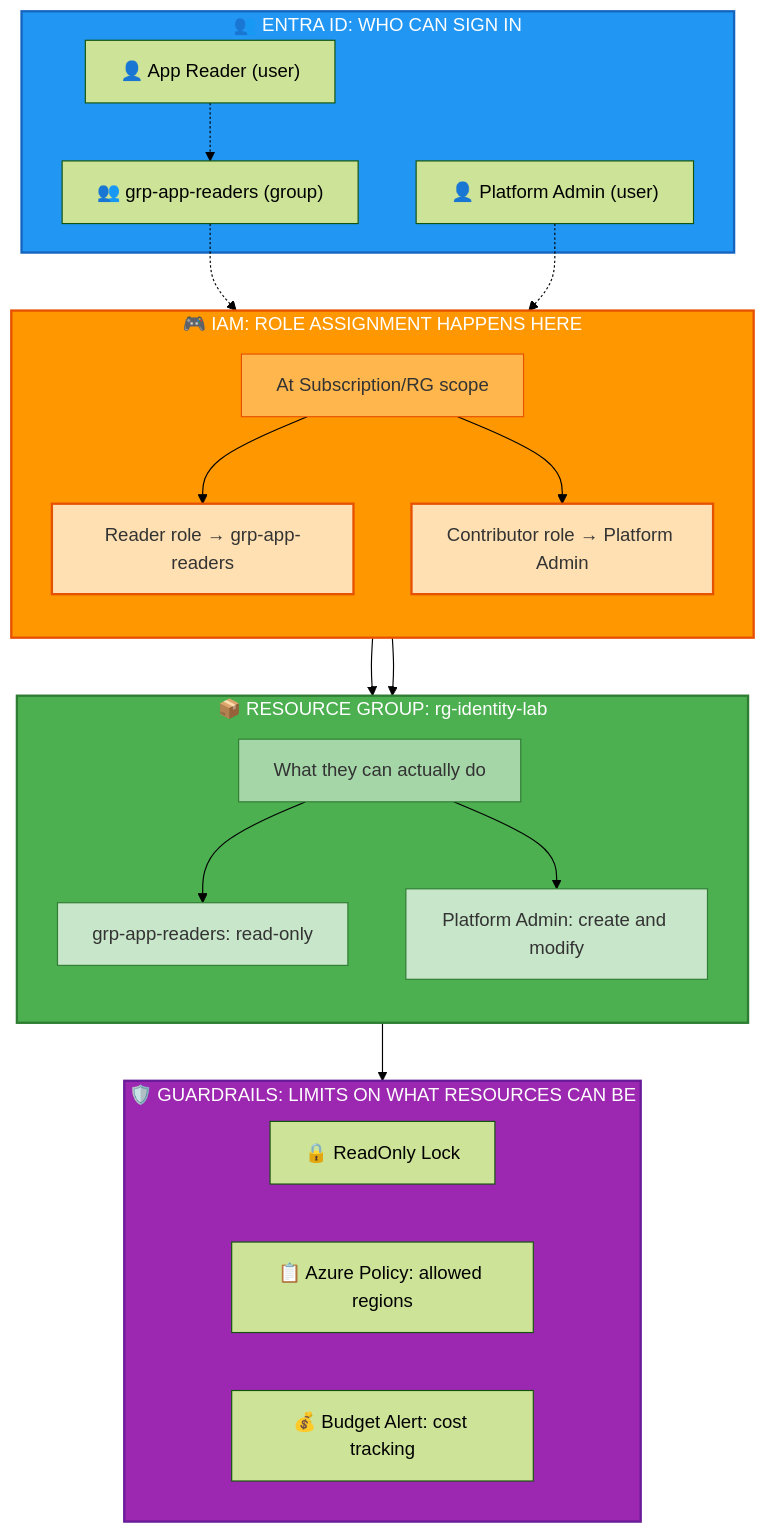
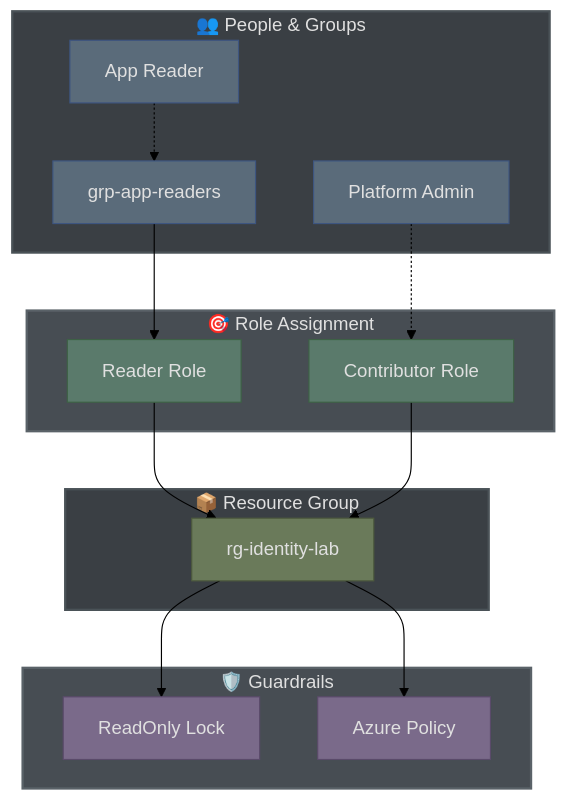
One commit to rubak714/azure-system-administration changed the first of 2 diagrams in 01-identity-governance/README.md. Above: the diagram before and after it, drawn with Mermaid (forest theme). The commit also changed other lines of this file, not shown here.

First line of the commit message:
docs: simplify diagrams with calm ash color scheme

````diff
--- a/01-identity-governance/README.md
+++ b/01-identity-governance/README.md
@@ -44,52 +44,43 @@
 ```mermaid
 graph TB
-    subgraph People["👥 ENTRA ID: WHO CAN SIGN IN"]
-        U1["👤 App Reader (user)"]
-        U2["👤 Platform Admin (user)"]
-        GRP["👥 grp-app-readers (group)"]
+    subgraph People["👥 People & Groups"]
+        U1["App Reader"]
+        U2["Platform Admin"]
+        GRP["grp-app-readers"]
     end
     
-    subgraph Assignment["🎮 IAM: ROLE ASSIGNMENT HAPPENS HERE"]
-        direction TB
-        SCOPE["At Subscription/RG scope"]
-        R1["Reader role → grp-app-readers"]
-        R2["Contributor role → Platform Admin"]
-        SCOPE --> R1
-        SCOPE --> R2
+    subgraph Roles["🎯 Role Assignment"]
+        R1["Reader Role"]
+        R2["Contributor Role"]
     end
     
-    subgraph Scope["📦 RESOURCE GROUP: rg-identity-lab"]
-        direction TB
-        EFFECT["What they can actually do"]
-        READER_EFFECT["grp-app-readers: read-only"]
-        CONTRIB_EFFECT["Platform Admin: create and modify"]
-        EFFECT --> READER_EFFECT
-        EFFECT --> CONTRIB_EFFECT
+    subgraph Target["📦 Resource Group"]
+        RG["rg-identity-lab"]
     end
     
-    subgraph Controls["🛡️ GUARDRAILS: LIMITS ON WHAT RESOURCES CAN BE"]
-        LOCK["🔒 ReadOnly Lock"]
-        POL["📋 Azure Policy: allowed regions"]
-        BUD["💰 Budget Alert: cost tracking"]
+    subgraph Guards["🛡️ Guardrails"]
+        LOCK["ReadOnly Lock"]
+        POL["Azure Policy"]
     end
     
     U1 -.-> GRP
-    U2 -.-> Assignment
-    GRP -.-> R1
+    U2 -.-> R2
+    GRP --> R1
+    R1 --> RG
+    R2 --> RG
+    RG --> LOCK
+    RG --> POL
     
-    R1 --> READER_EFFECT
-    R2 --> CONTRIB_EFFECT
-    
-    Scope --> Controls
-    
-    style People fill:#2196F3,stroke:#1565C0,stroke-width:2px,color:#fff
-    style Assignment fill:#FF9800,stroke:#E65100,stroke-width:2px,color:#fff
-    style Scope fill:#4CAF50,stroke:#2E7D32,stroke-width:2px,color:#fff
-    style Controls fill:#9C27B0,stroke:#6A1B9A,stroke-width:2px,color:#fff
-    style SCOPE fill:#FFB74D,stroke:#E65100,stroke-width:1px,color:#333
-    style R1 fill:#FFE0B2,stroke:#E65100,stroke-width:2px,color:#333
-    style R2 fill:#FFE0B2,stroke:#E65100,stroke-width:2px,color:#333
-    style EFFECT fill:#A5D6A7,stroke:#2E7D32,stroke-width:1px,color:#333
-    style READER_EFFECT fill:#C8E6C9,stroke:#2E7D32,stroke-width:1px,color:#333
-    style CONTRIB_EFFECT fill:#C8E6C9,stroke:#2E7D32,stroke-width:1px,color:#333
+    style People fill:#3a3f44,stroke:#4a5257,stroke-width:2px,color:#e0e0e0
+    style Roles fill:#474d53,stroke:#5a6268,stroke-width:2px,color:#e0e0e0
+    style Target fill:#3a3f44,stroke:#4a5257,stroke-width:2px,color:#e0e0e0
+    style Guards fill:#474d53,stroke:#5a6268,stroke-width:2px,color:#e0e0e0
+    style U1 fill:#5a6b7a,stroke:#3d5580,stroke-width:1px,color:#e0e0e0
+    style U2 fill:#5a6b7a,stroke:#3d5580,stroke-width:1px,color:#e0e0e0
+    style GRP fill:#5a6b7a,stroke:#3d5580,stroke-width:1px,color:#e0e0e0
+    style R1 fill:#5a7a6b,stroke:#3d6145,stroke-width:1px,color:#e0e0e0
+    style R2 fill:#5a7a6b,stroke:#3d6145,stroke-width:1px,color:#e0e0e0
+    style RG fill:#6a7a5a,stroke:#4d5a3d,stroke-width:1px,color:#e0e0e0
+    style LOCK fill:#7a6a8a,stroke:#5a4a6a,stroke-width:1px,color:#e0e0e0
+    style POL fill:#7a6a8a,stroke:#5a4a6a,stroke-width:1px,color:#e0e0e0
 ```
````
